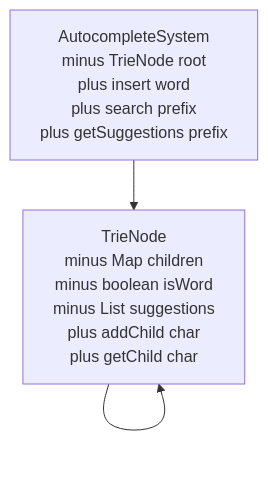
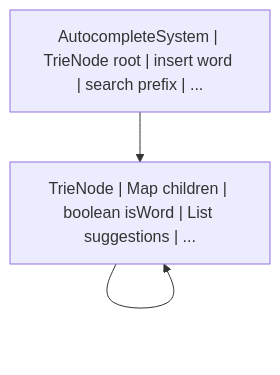
The eighth of 39 diagrams in LLD_NOTES/lld_visual_java_reference_fixed.md (mthaiseer/springcloud-systemdesign-notes), drawn with Mermaid before and after one commit. The commit also changed other lines of this file, not shown here.

````diff
--- a/LLD_NOTES/lld_visual_java_reference_fixed.md
+++ b/LLD_NOTES/lld_visual_java_reference_fixed.md
@@ -610,7 +596,7 @@
 ```mermaid
 flowchart TD
-  C1["AutocompleteSystem<br/>minus TrieNode root<br/>plus insert word<br/>plus search prefix<br/>plus getSuggestions prefix"]
-  C2["TrieNode<br/>minus Map children<br/>minus boolean isWord<br/>minus List suggestions<br/>plus addChild char<br/>plus getChild char"]
-  C1 --> C2
-  C2 --> C2
+  C1["AutocompleteSystem | TrieNode root | insert word | search prefix | ..."]
+  C2["TrieNode | Map children | boolean isWord | List suggestions | ..."]
+C1 --> C2
+C2 --> C2
 ```
````
